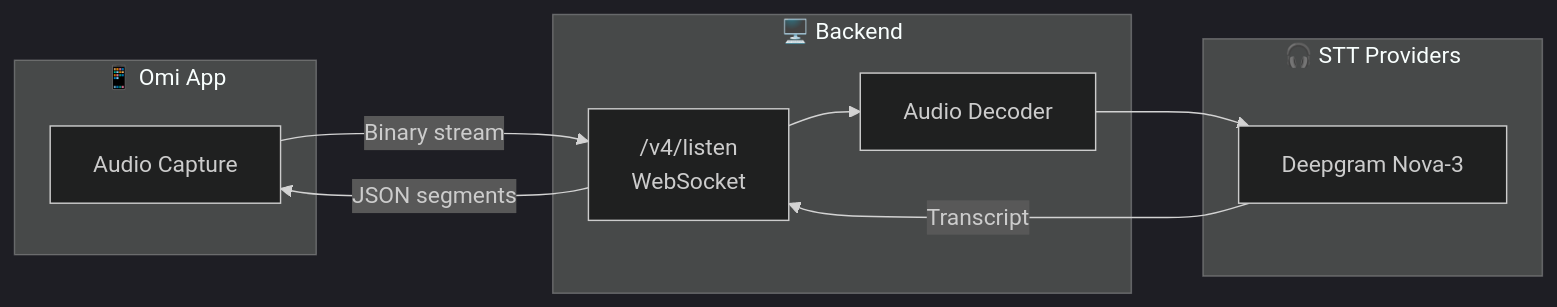
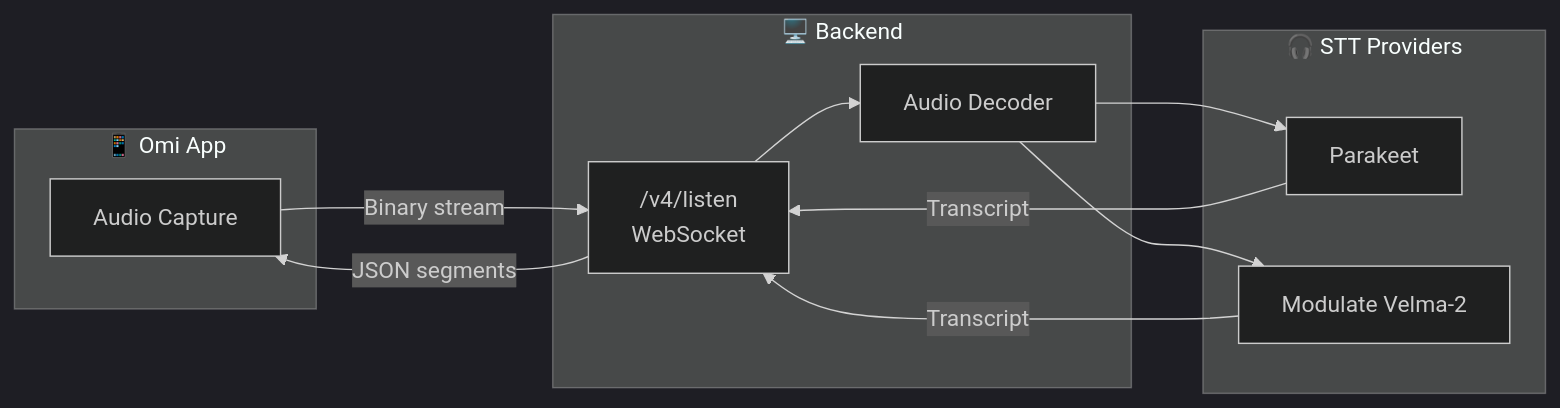
One commit to BasedHardware/omi changed the first of 5 diagrams in docs/doc/developer/backend/transcription.mdx. Above: the diagram before and after it, drawn with Mermaid (dark theme). The commit also changed other lines of this file and 528 other files, not shown here.

````diff
--- a/docs/doc/developer/backend/transcription.mdx
+++ b/docs/doc/developer/backend/transcription.mdx
@@ -11,21 +11,24 @@
 ```mermaid
 flowchart LR
     subgraph Client["📱 Omi App"]
         Audio[Audio Capture]
     end
 
     subgraph Backend["🖥️ Backend"]
         WS["/v4/listen<br/>WebSocket"]
         Decode[Audio Decoder]
     end
 
     subgraph STT["🎧 STT Providers"]
-        DG[Deepgram Nova-3]
+        Parakeet[Parakeet]
+        Modulate[Modulate Velma-2]
     end
 
     Audio -->|Binary stream| WS
     WS --> Decode
-    Decode --> DG
-    DG -->|Transcript| WS
+    Decode --> Parakeet
+    Decode --> Modulate
+    Parakeet -->|Transcript| WS
+    Modulate -->|Transcript| WS
     WS -->|JSON segments| Audio
 ```
````
